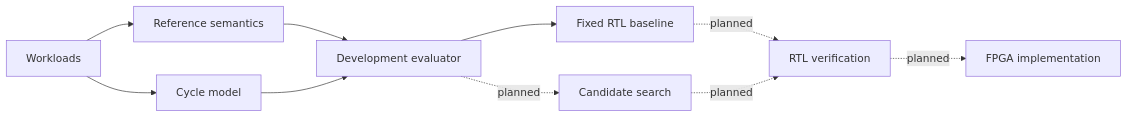
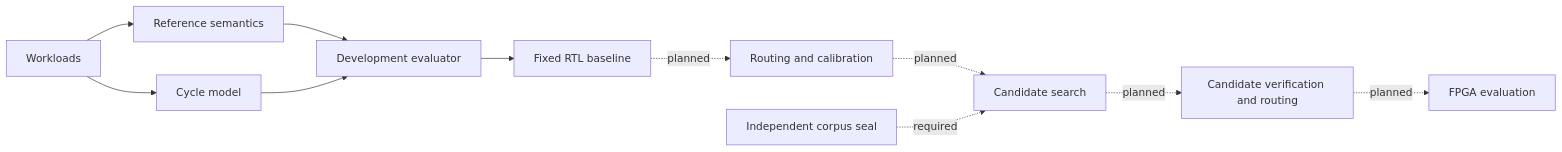
Before and after one commit to logohere/architecture-lab: the diagram in README.md, drawn with Mermaid. The commit also changed other lines of this file and 3 other files, not shown here.

Commit message:
docs: align FPGA research gates with calibrated architecture exploration (#20)

````diff
--- a/README.md
+++ b/README.md
@@ -18,12 +18,13 @@
 ```mermaid
 flowchart LR
     W[Workloads] --> R[Reference semantics]
     W --> M[Cycle model]
     R --> E[Development evaluator]
     M --> E
     E --> B[Fixed RTL baseline]
-    B -. planned .-> V[RTL verification]
-    E -. planned .-> S[Candidate search]
-    S -. planned .-> V[RTL verification]
-    V -. planned .-> F[FPGA implementation]
+    B -. planned .-> C[Routing and calibration]
+    C -. planned .-> S[Candidate search]
+    H[Independent corpus seal] -. required .-> S
+    S -. planned .-> V[Candidate verification and routing]
+    V -. planned .-> F[FPGA evaluation]
 ```
````
